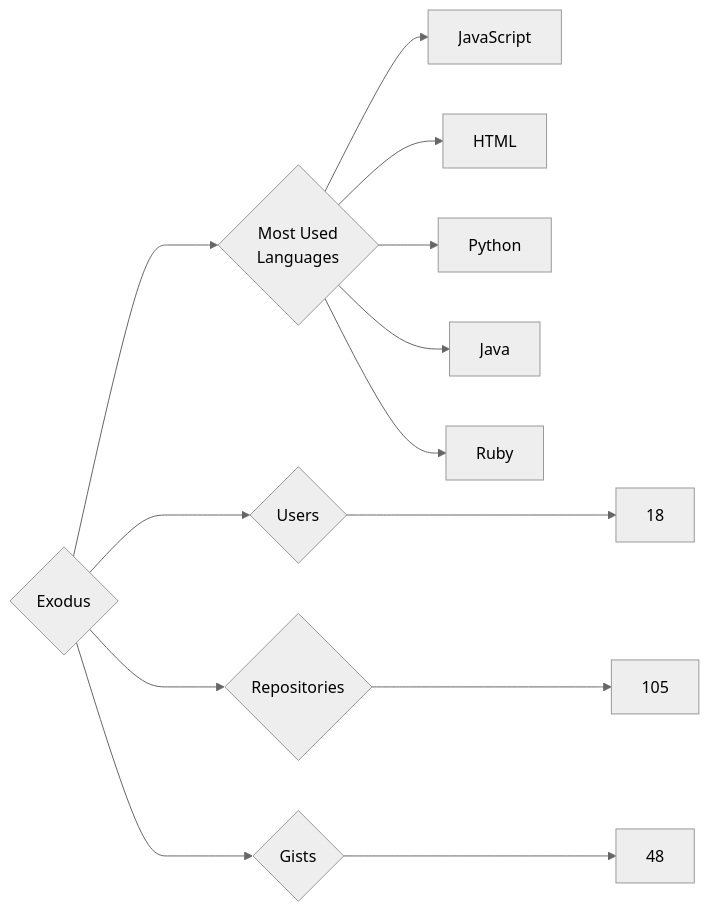
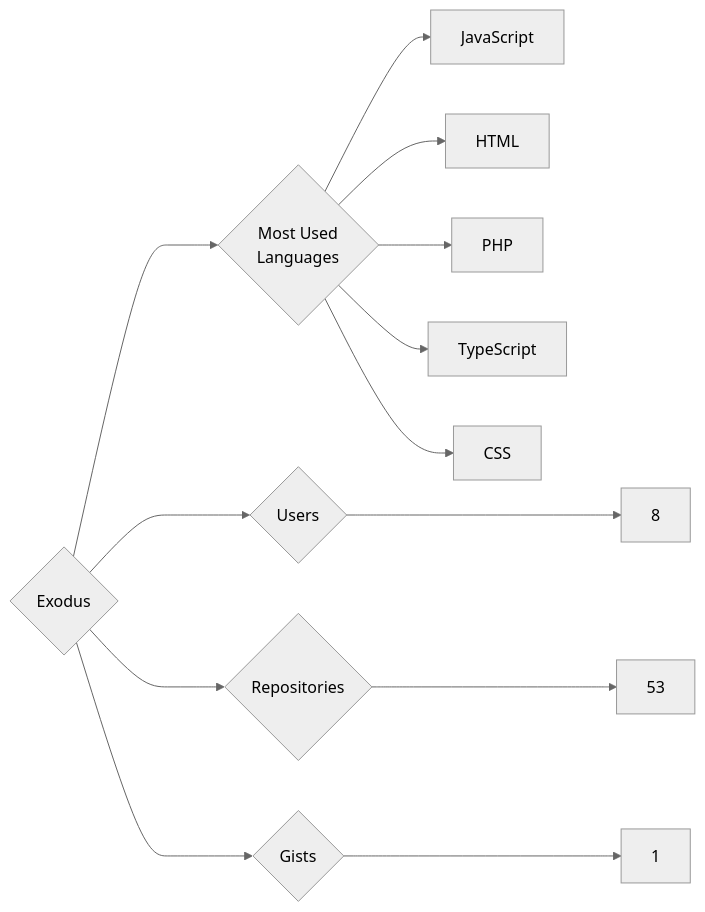
Before and after one commit to trickest/insiders: the diagram in targets/Exodus/README.md, drawn with Mermaid (neutral theme). The commit also changed 872 other files, not shown here.

````diff
--- a/targets/Exodus/README.md
+++ b/targets/Exodus/README.md
@@ -3,13 +3,13 @@
 ```mermaid
 graph LR
 COMPANY_NAME{Exodus}
-COMPANY_NAME ---> U{Users} ---> UN[18]
-COMPANY_NAME ---> R{Repositories} ---> RN[105]
-COMPANY_NAME ---> G{Gists} ---> GN[48]
+COMPANY_NAME ---> U{Users} ---> UN[8]
+COMPANY_NAME ---> R{Repositories} ---> RN[53]
+COMPANY_NAME ---> G{Gists} ---> GN[1]
 COMPANY_NAME ---> ML{Most Used<br>Languages}
 ML --> JavaScript[JavaScript]
 ML --> HTML[HTML]
-ML --> Python[Python]
-ML --> Java[Java]
-ML --> Ruby[Ruby]
+ML --> PHP[PHP]
+ML --> TypeScript[TypeScript]
+ML --> CSS[CSS]
 ```
````
